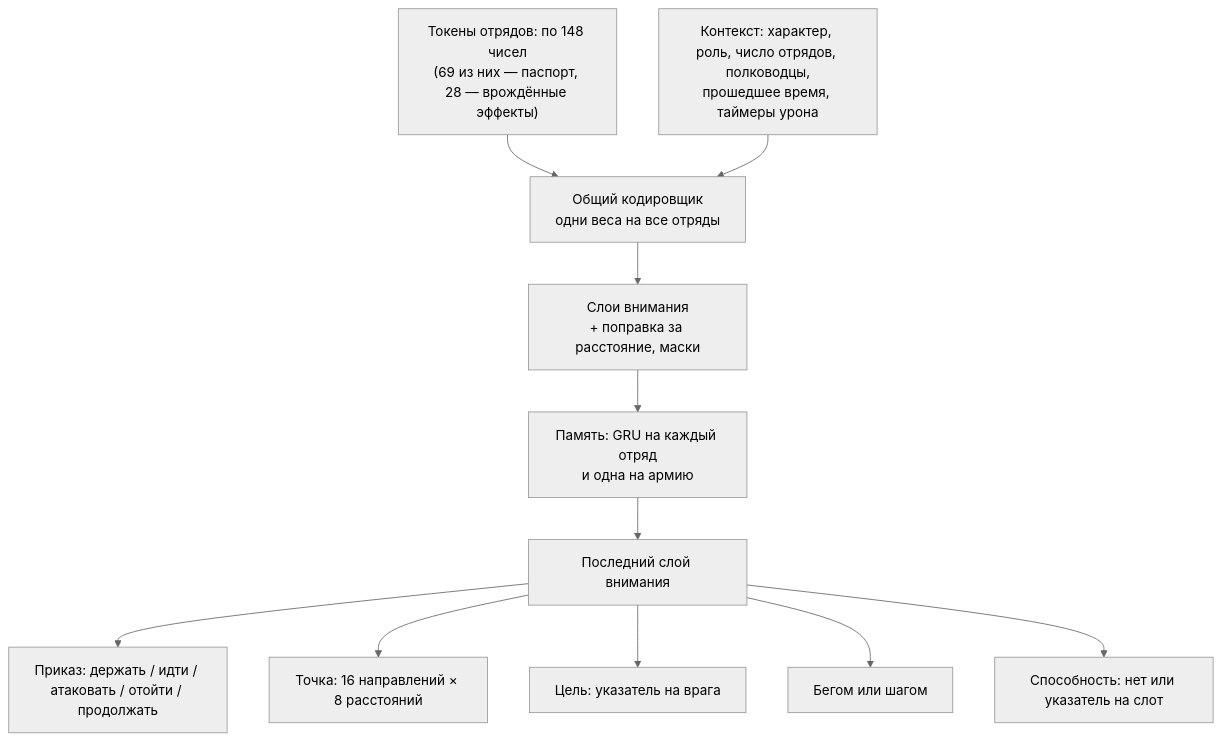
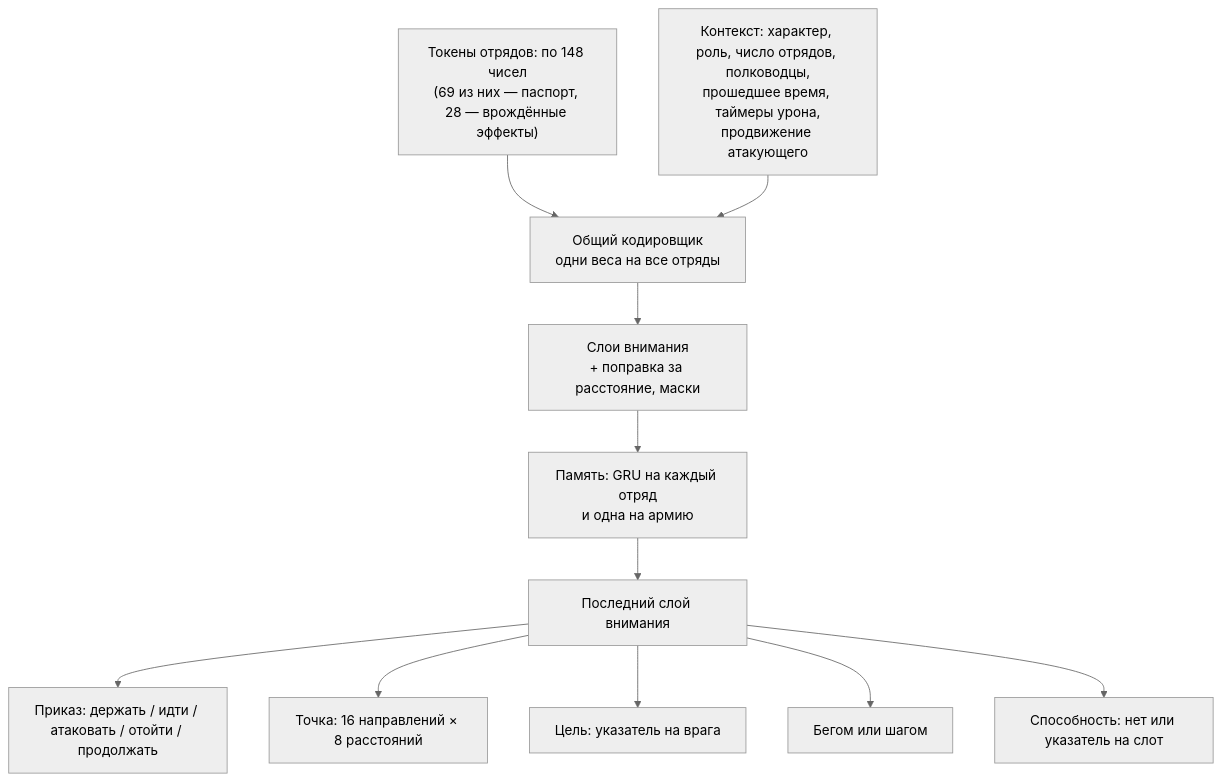
One commit to DimaZero7/TWW3-batle-ai changed the second of 2 diagrams in docs/ru/training/model.md. Above: the diagram before and after it, drawn with Mermaid (neutral theme). The commit also changed other lines of this file and 15 other files, not shown here.

````diff
--- a/docs/ru/training/model.md
+++ b/docs/ru/training/model.md
@@ -163,13 +180,13 @@
 ```mermaid
 flowchart TB
   tok["Токены отрядов: по 148 чисел<br/>(69 из них — паспорт, 28 — врождённые эффекты)"] --> enc["Общий кодировщик<br/>одни веса на все отряды"]
-  ctx["Контекст: характер, роль, число отрядов, полководцы,<br/>прошедшее время, таймеры урона"] --> enc
+  ctx["Контекст: характер, роль, число отрядов, полководцы,<br/>прошедшее время, таймеры урона,<br/>продвижение атакующего"] --> enc
   enc --> att["Слои внимания<br/>+ поправка за расстояние, маски"]
   att --> gru["Память: GRU на каждый отряд<br/>и одна на армию"]
   gru --> last["Последний слой внимания"]
   last --> kind["Приказ: держать / идти / атаковать / отойти / продолжать"]
   last --> point["Точка: 16 направлений × 8 расстояний"]
   last --> ptr["Цель: указатель на врага"]
   last --> run["Бегом или шагом"]
   last --> abil["Способность: нет или указатель на слот"]
 ```
````
